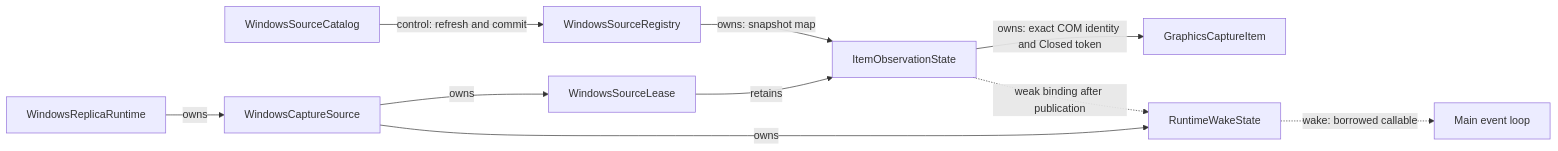
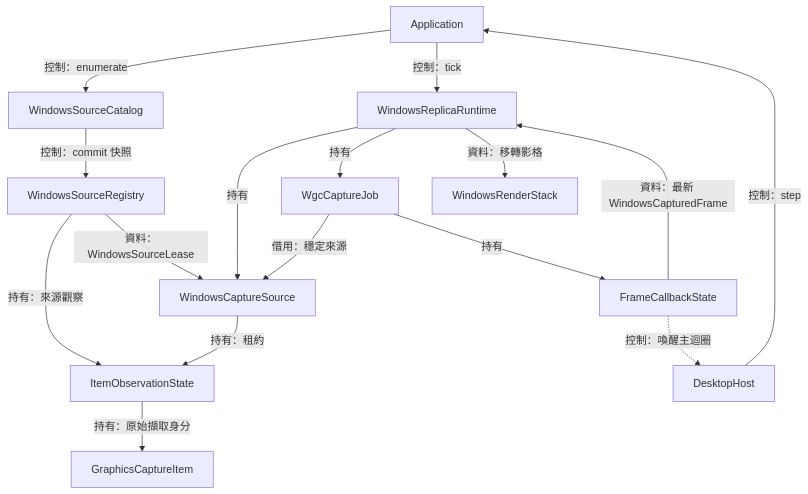
The first of 8 diagrams in docs/architecture/windows-capture.md (Mes0903/avb0795), drawn with Mermaid before and after one commit. The commit also changed other lines of this file and 156 other files, not shown here.

````diff
--- a/docs/architecture/windows-capture.md
+++ b/docs/architecture/windows-capture.md
@@ -21,12 +3,18 @@
 ```mermaid
-flowchart LR
-    Catalog[WindowsSourceCatalog] -->|control: refresh and commit| Registry[WindowsSourceRegistry]
-    Registry -->|owns: snapshot map| Observation[ItemObservationState]
-    Observation -->|owns: exact COM identity and Closed token| Item[GraphicsCaptureItem]
-    Runtime[WindowsReplicaRuntime] -->|owns| Source[WindowsCaptureSource]
-    Source -->|owns| Lease[WindowsSourceLease]
-    Lease -->|retains| Observation
-    Source -->|owns| Wake[RuntimeWakeState]
-    Observation -.->|weak binding after publication| Wake
-    Wake -.->|wake: borrowed callable| Loop[Main event loop]
+flowchart TB
+    App[Application] -->|控制：enumerate| Catalog[WindowsSourceCatalog]
+    Catalog -->|控制：commit 快照| Registry[WindowsSourceRegistry]
+    Registry -->|持有：來源觀察| Observation[ItemObservationState]
+    Observation -->|持有：原始擷取身分| Item[GraphicsCaptureItem]
+    Runtime[WindowsReplicaRuntime] -->|持有| Source[WindowsCaptureSource]
+    Registry -->|資料：WindowsSourceLease| Source
+    Source -->|持有：租約| Observation
+    Runtime -->|持有| Job[WgcCaptureJob]
+    Job -->|借用：穩定來源| Source
+    Job -->|持有| State[FrameCallbackState]
+    State -->|資料：最新 WindowsCapturedFrame| Runtime
+    Runtime -->|資料：移轉影格| Render[WindowsRenderStack]
+    State -.->|控制：喚醒主迴圈| Host[DesktopHost]
+    Host -->|控制：step| App
+    App -->|控制：tick| Runtime
 ```
````
